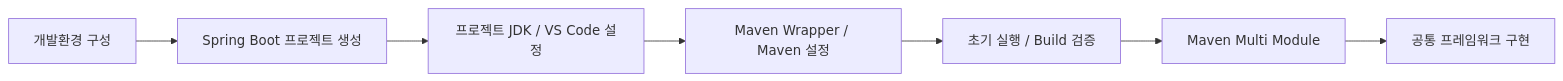
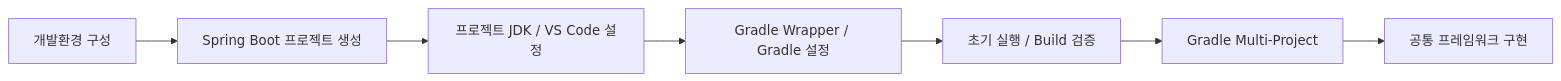
The first of 2 diagrams in docs/01_project_start/03_project_creation/spring_boot_project_create.md (Team-Microserver/microserver-docs), drawn with Mermaid before and after one commit. The commit also changed other lines of this file and 30 other files, not shown here.

````diff
--- a/docs/01_project_start/03_project_creation/spring_boot_project_create.md
+++ b/docs/01_project_start/03_project_creation/spring_boot_project_create.md
@@ -44,9 +44,9 @@
 ```mermaid
 flowchart LR
     A[개발환경 구성] --> B[Spring Boot 프로젝트 생성]
     B --> C[프로젝트 JDK / VS Code 설정]
-    C --> D[Maven Wrapper / Maven 설정]
+    C --> D[Gradle Wrapper / Gradle 설정]
     D --> E[초기 실행 / Build 검증]
-    E --> F[Maven Multi Module]
+    E --> F[Gradle Multi-Project]
     F --> G[공통 프레임워크 구현]
 ```
````
